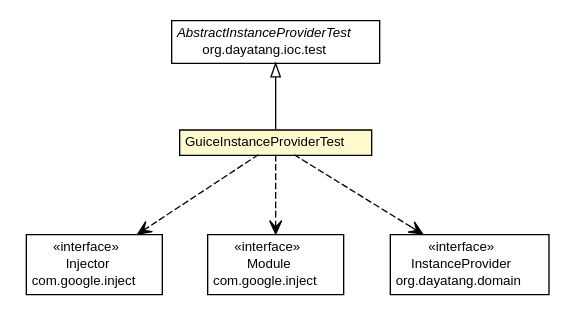
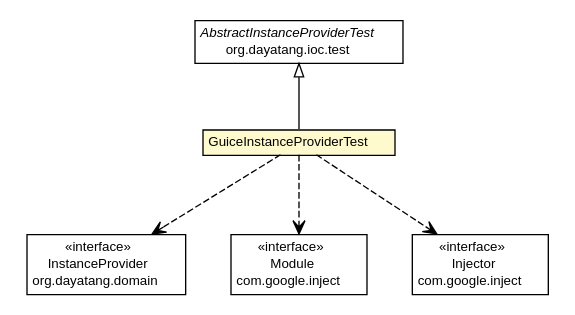
Before and after one commit to dayatang/dddlib: the diagram in testapidocs/org/dayatang/ioc/guice/GuiceInstanceProviderTest.dot, drawn with Graphviz. The commit also changed 1511 other files, not shown here.

```diff
--- a/testapidocs/org/dayatang/ioc/guice/GuiceInstanceProviderTest.dot
+++ b/testapidocs/org/dayatang/ioc/guice/GuiceInstanceProviderTest.dot
@@ -1,57 +1,57 @@
 #!/usr/local/bin/dot
 #
 # Class diagram 
 # Generated by UMLGraph version R5_6_6-8-g8d7759 (http://www.umlgraph.org/)
 #
 
 digraph G {
 	edge [fontname="Helvetica",fontsize=10,labelfontname="Helvetica",labelfontsize=10];
 	node [fontname="Helvetica",fontsize=10,shape=plaintext];
 	nodesep=0.25;
 	ranksep=0.5;
 	// org.dayatang.ioc.guice.GuiceInstanceProviderTest
 	c27023 [label=<<table title="org.dayatang.ioc.guice.GuiceInstanceProviderTest" border="0" cellborder="1" cellspacing="0" cellpadding="2" port="p" bgcolor="lemonChiffon" href="./GuiceInstanceProviderTest.html">
 		<tr><td><table border="0" cellspacing="0" cellpadding="1">
 <tr><td align="center" balign="center"> GuiceInstanceProviderTest </td></tr>
 		</table></td></tr>
 		</table>>, URL="./GuiceInstanceProviderTest.html", fontname="Helvetica", fontcolor="black", fontsize=10.0];
 	//org.dayatang.ioc.guice.GuiceInstanceProviderTest extends org.dayatang.ioc.test.AbstractInstanceProviderTest
 	c27125:p -> c27023:p [dir=back,arrowtail=empty];
+	// org.dayatang.ioc.guice.GuiceInstanceProviderTest DEPEND org.dayatang.domain.InstanceProvider
+	c27023:p -> c27126:p [taillabel="", label=" "headlabel="", fontname="Helvetica", fontcolor="black", fontsize=10.0, color="black", arrowhead=open, style=dashed];
+	// org.dayatang.ioc.guice.GuiceInstanceProviderTest DEPEND com.google.inject.Module
+	c27023:p -> c27127:p [taillabel="", label=" "headlabel="", fontname="Helvetica", fontcolor="black", fontsize=10.0, color="black", arrowhead=open, style=dashed];
 	// org.dayatang.ioc.guice.GuiceInstanceProviderTest DEPEND com.google.inject.Injector
-	c27023:p -> c27127:p [taillabel="", label=" "headlabel="", fontname="Helvetica", fontcolor="black", fontsize=10.0, color="black", arrowhead=open, style=dashed];
-	// org.dayatang.ioc.guice.GuiceInstanceProviderTest DEPEND com.google.inject.Module
-	c27023:p -> c27128:p [taillabel="", label=" "headlabel="", fontname="Helvetica", fontcolor="black", fontsize=10.0, color="black", arrowhead=open, style=dashed];
-	// org.dayatang.ioc.guice.GuiceInstanceProviderTest DEPEND org.dayatang.domain.InstanceProvider
 	c27023:p -> c27129:p [taillabel="", label=" "headlabel="", fontname="Helvetica", fontcolor="black", fontsize=10.0, color="black", arrowhead=open, style=dashed];
 	// org.dayatang.ioc.test.AbstractInstanceProviderTest
 	c27125 [label=<<table title="org.dayatang.ioc.test.AbstractInstanceProviderTest" border="0" cellborder="1" cellspacing="0" cellpadding="2" port="p" href="http://java.sun.com/j2se/1.4.2/docs/api/org/dayatang/ioc/test/AbstractInstanceProviderTest.html">
 		<tr><td><table border="0" cellspacing="0" cellpadding="1">
 <tr><td align="center" balign="center"><font face="Helvetica-Oblique"> AbstractInstanceProviderTest </font></td></tr>
 <tr><td align="center" balign="center"> org.dayatang.ioc.test </td></tr>
 		</table></td></tr>
 		</table>>, URL="http://java.sun.com/j2se/1.4.2/docs/api/org/dayatang/ioc/test/AbstractInstanceProviderTest.html", fontname="Helvetica", fontcolor="black", fontsize=10.0];
 	// com.google.inject.Injector
-	c27127 [label=<<table title="com.google.inject.Injector" border="0" cellborder="1" cellspacing="0" cellpadding="2" port="p" href="http://java.sun.com/j2se/1.4.2/docs/api/com/google/inject/Injector.html">
+	c27129 [label=<<table title="com.google.inject.Injector" border="0" cellborder="1" cellspacing="0" cellpadding="2" port="p" href="http://java.sun.com/j2se/1.4.2/docs/api/com/google/inject/Injector.html">
 		<tr><td><table border="0" cellspacing="0" cellpadding="1">
 <tr><td align="center" balign="center"> &#171;interface&#187; </td></tr>
 <tr><td align="center" balign="center"> Injector </td></tr>
 <tr><td align="center" balign="center"> com.google.inject </td></tr>
 		</table></td></tr>
 		</table>>, URL="http://java.sun.com/j2se/1.4.2/docs/api/com/google/inject/Injector.html", fontname="Helvetica", fontcolor="black", fontsize=10.0];
 	// org.dayatang.domain.InstanceProvider
-	c27129 [label=<<table title="org.dayatang.domain.InstanceProvider" border="0" cellborder="1" cellspacing="0" cellpadding="2" port="p" href="http://java.sun.com/j2se/1.4.2/docs/api/org/dayatang/domain/InstanceProvider.html">
+	c27126 [label=<<table title="org.dayatang.domain.InstanceProvider" border="0" cellborder="1" cellspacing="0" cellpadding="2" port="p" href="http://java.sun.com/j2se/1.4.2/docs/api/org/dayatang/domain/InstanceProvider.html">
 		<tr><td><table border="0" cellspacing="0" cellpadding="1">
 <tr><td align="center" balign="center"> &#171;interface&#187; </td></tr>
 <tr><td align="center" balign="center"> InstanceProvider </td></tr>
 <tr><td align="center" balign="center"> org.dayatang.domain </td></tr>
 		</table></td></tr>
 		</table>>, URL="http://java.sun.com/j2se/1.4.2/docs/api/org/dayatang/domain/InstanceProvider.html", fontname="Helvetica", fontcolor="black", fontsize=10.0];
 	// com.google.inject.Module
-	c27128 [label=<<table title="com.google.inject.Module" border="0" cellborder="1" cellspacing="0" cellpadding="2" port="p" href="http://java.sun.com/j2se/1.4.2/docs/api/com/google/inject/Module.html">
+	c27127 [label=<<table title="com.google.inject.Module" border="0" cellborder="1" cellspacing="0" cellpadding="2" port="p" href="http://java.sun.com/j2se/1.4.2/docs/api/com/google/inject/Module.html">
 		<tr><td><table border="0" cellspacing="0" cellpadding="1">
 <tr><td align="center" balign="center"> &#171;interface&#187; </td></tr>
 <tr><td align="center" balign="center"> Module </td></tr>
 <tr><td align="center" balign="center"> com.google.inject </td></tr>
 		</table></td></tr>
 		</table>>, URL="http://java.sun.com/j2se/1.4.2/docs/api/com/google/inject/Module.html", fontname="Helvetica", fontcolor="black", fontsize=10.0];
 }
```
